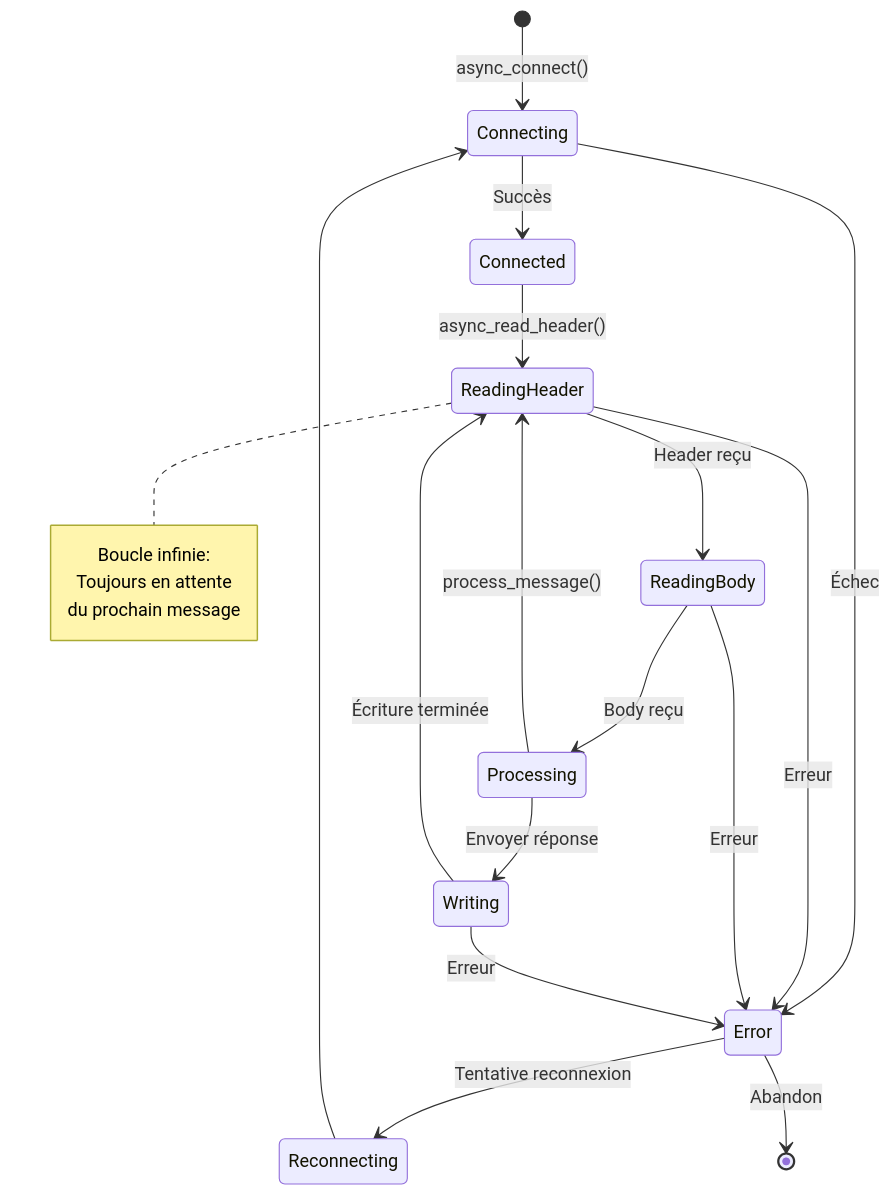
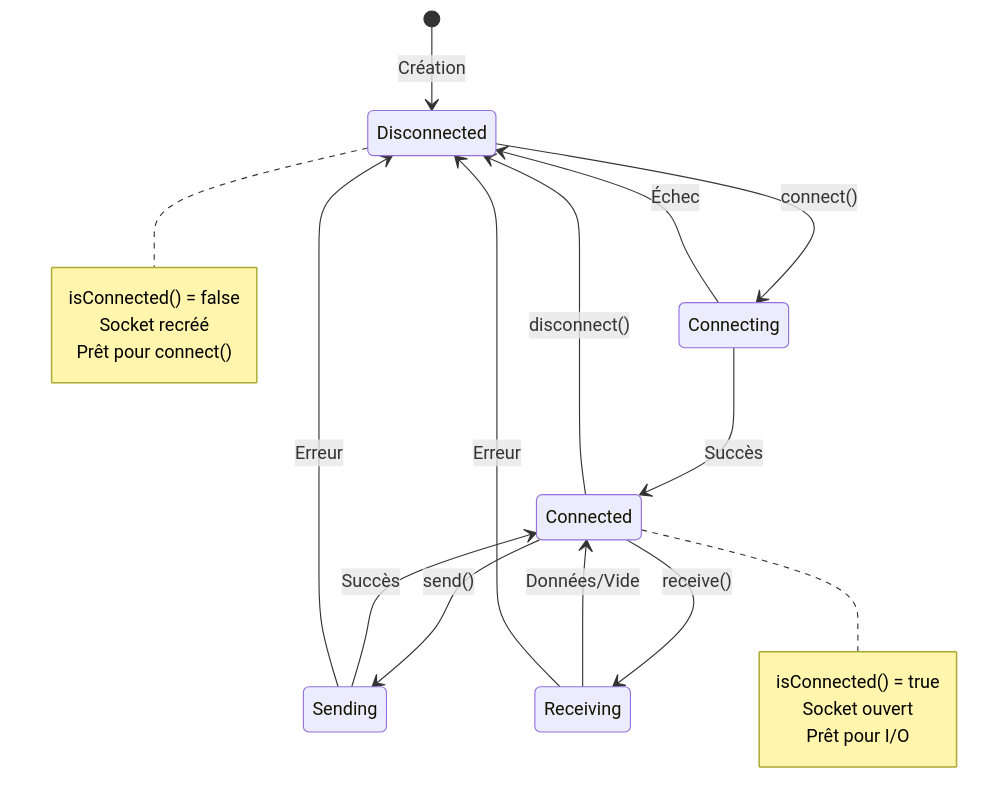
One commit to ChrisG-L/rtype changed the fourth of 4 diagrams in docs/client/network/tcp-client.md. Above: the diagram before and after it, drawn with Mermaid. The commit also changed other lines of this file and 2 other files, not shown here.

````diff
--- a/docs/client/network/tcp-client.md
+++ b/docs/client/network/tcp-client.md
@@ -270,32 +415,30 @@
 ```mermaid
 stateDiagram-v2
-    [*] --> Connecting : async_connect()
+    [*] --> Disconnected : Création
 
+    Disconnected --> Connecting : connect()
     Connecting --> Connected : Succès
-    Connecting --> Error : Échec
+    Connecting --> Disconnected : Échec
 
-    Connected --> ReadingHeader : async_read_header()
+    Connected --> Sending : send()
+    Sending --> Connected : Succès
+    Sending --> Disconnected : Erreur
 
-    ReadingHeader --> ReadingBody : Header reçu
-    ReadingHeader --> Error : Erreur
+    Connected --> Receiving : receive()
+    Receiving --> Connected : Données/Vide
+    Receiving --> Disconnected : Erreur
 
-    ReadingBody --> Processing : Body reçu
-    ReadingBody --> Error : Erreur
+    Connected --> Disconnected : disconnect()
 
-    Processing --> ReadingHeader : process_message()
-    Processing --> Writing : Envoyer réponse
+    note right of Connected
+        isConnected() = true
+        Socket ouvert
+        Prêt pour I/O
+    end note
 
-    Writing --> ReadingHeader : Écriture terminée
-    Writing --> Error : Erreur
-
-    Error --> Reconnecting : Tentative reconnexion
-    Error --> [*] : Abandon
-
-    Reconnecting --> Connecting
-
-    note right of ReadingHeader
-        Boucle infinie:
-        Toujours en attente
-        du prochain message
+    note right of Disconnected
+        isConnected() = false
+        Socket recréé
+        Prêt pour connect()
     end note
 ```
````
